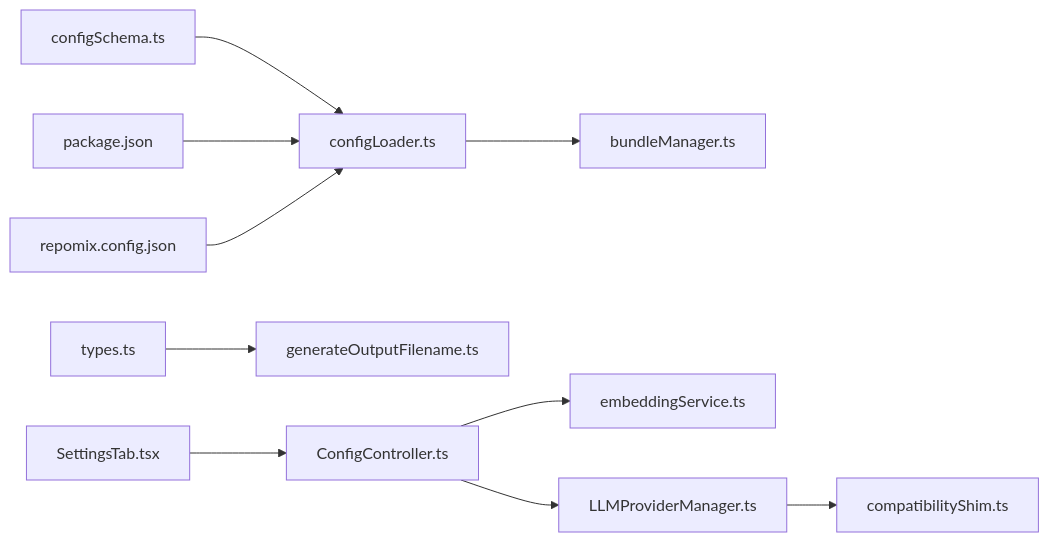
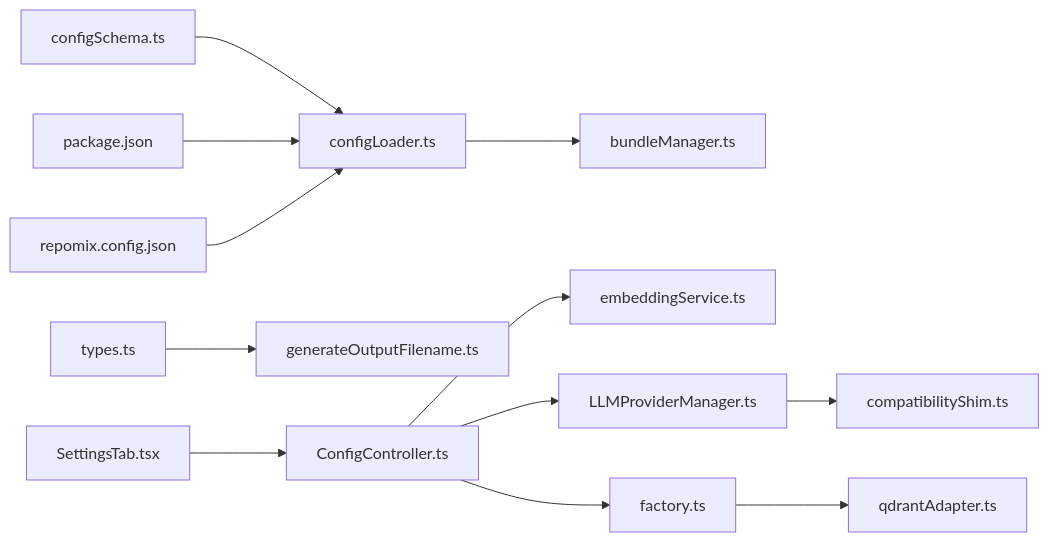
One commit to bramburn/repomix-runner changed the eighth of 8 diagrams in .qoder/repowiki/en/content/Configuration Management/Configuration Management.md. Above: the diagram before and after it, drawn with Mermaid. The commit also changed other lines of this file and 9 other files, not shown here.

````diff
--- a/.qoder/repowiki/en/content/Configuration Management/Configuration Management.md
+++ b/.qoder/repowiki/en/content/Configuration Management/Configuration Management.md
@@ -421,12 +507,14 @@
 ```mermaid
 graph LR
 CSCH["configSchema.ts"] --> CLDR["configLoader.ts"]
 PJSON["package.json"] --> CLDR
 RCFG["repomix.config.json"] --> CLDR
 CLDR --> BMGR["bundleManager.ts"]
 BTYP["types.ts"] --> GFNM["generateOutputFilename.ts"]
 SETAB["SettingsTab.tsx"] --> CCTL["ConfigController.ts"]
 CCTL --> EMB["embeddingService.ts"]
 CCTL --> LLM["LLMProviderManager.ts"]
+CCTL --> QFACT["factory.ts"]
+QFACT --> QADAPT["qdrantAdapter.ts"]
 LLM --> COMPAT["compatibilityShim.ts"]
 ```
````
